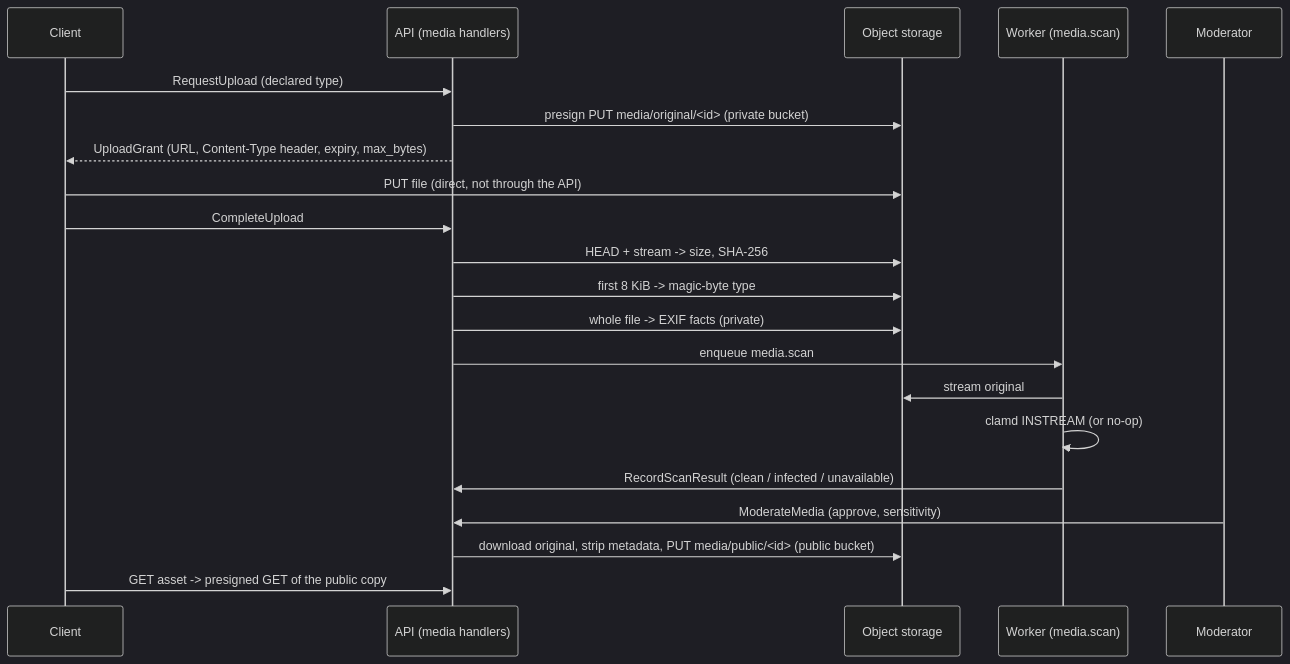
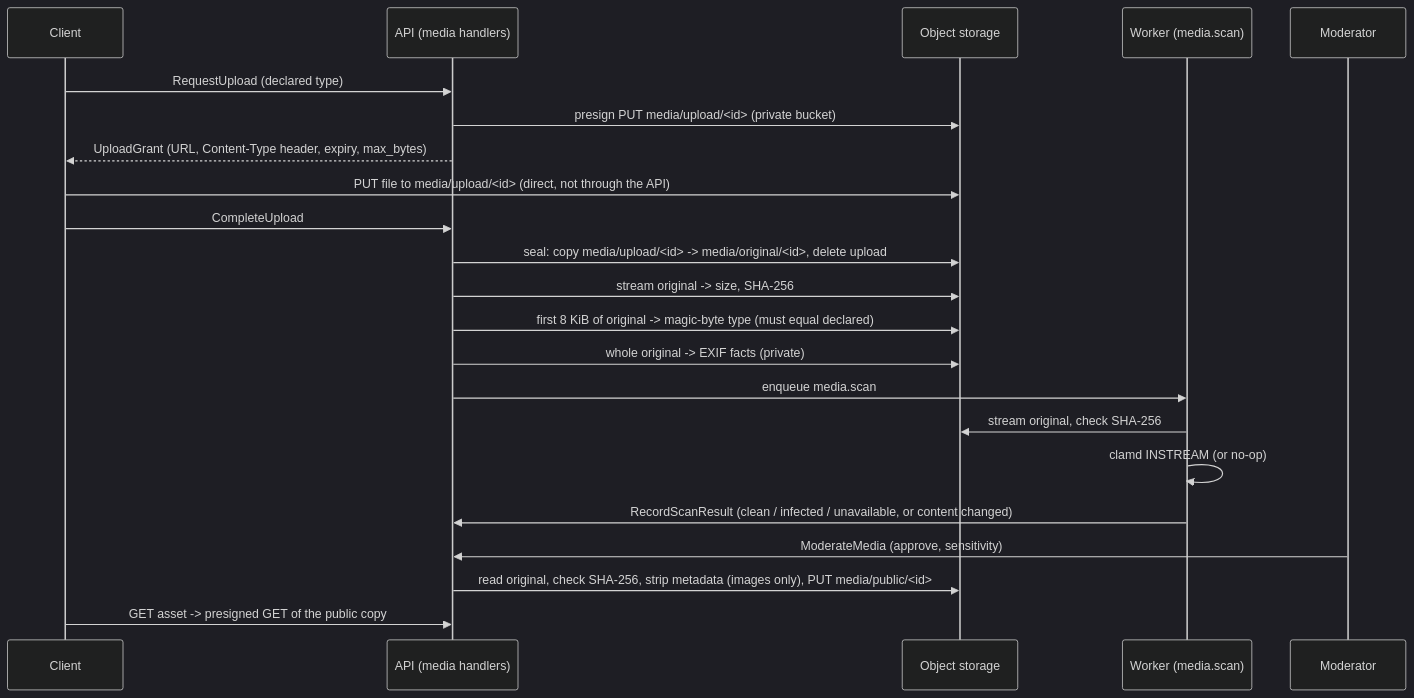
One commit to khanakhun/yakhnama changed the diagram in docs/architecture/media.md. Above: the diagram before and after it, drawn with Mermaid (dark theme). The commit also changed other lines of this file and 39 other files, not shown here.

````diff
--- a/docs/architecture/media.md
+++ b/docs/architecture/media.md
@@ -26,23 +26,24 @@
 ```mermaid
 sequenceDiagram
     participant C as Client
     participant API as API (media handlers)
     participant S as Object storage
     participant W as Worker (media.scan)
     participant M as Moderator
     C->>API: RequestUpload (declared type)
-    API->>S: presign PUT media/original/<id> (private bucket)
+    API->>S: presign PUT media/upload/<id> (private bucket)
     API-->>C: UploadGrant (URL, Content-Type header, expiry, max_bytes)
-    C->>S: PUT file (direct, not through the API)
+    C->>S: PUT file to media/upload/<id> (direct, not through the API)
     C->>API: CompleteUpload
-    API->>S: HEAD + stream -> size, SHA-256
-    API->>S: first 8 KiB -> magic-byte type
-    API->>S: whole file -> EXIF facts (private)
+    API->>S: seal: copy media/upload/<id> -> media/original/<id>, delete upload
+    API->>S: stream original -> size, SHA-256
+    API->>S: first 8 KiB of original -> magic-byte type (must equal declared)
+    API->>S: whole original -> EXIF facts (private)
     API->>W: enqueue media.scan
-    W->>S: stream original
+    W->>S: stream original, check SHA-256
     W->>W: clamd INSTREAM (or no-op)
-    W->>API: RecordScanResult (clean / infected / unavailable)
+    W->>API: RecordScanResult (clean / infected / unavailable, or content changed)
     M->>API: ModerateMedia (approve, sensitivity)
-    API->>S: download original, strip metadata, PUT media/public/<id> (public bucket)
+    API->>S: read original, check SHA-256, strip metadata (images only), PUT media/public/<id>
     C->>API: GET asset -> presigned GET of the public copy
 ```
````
